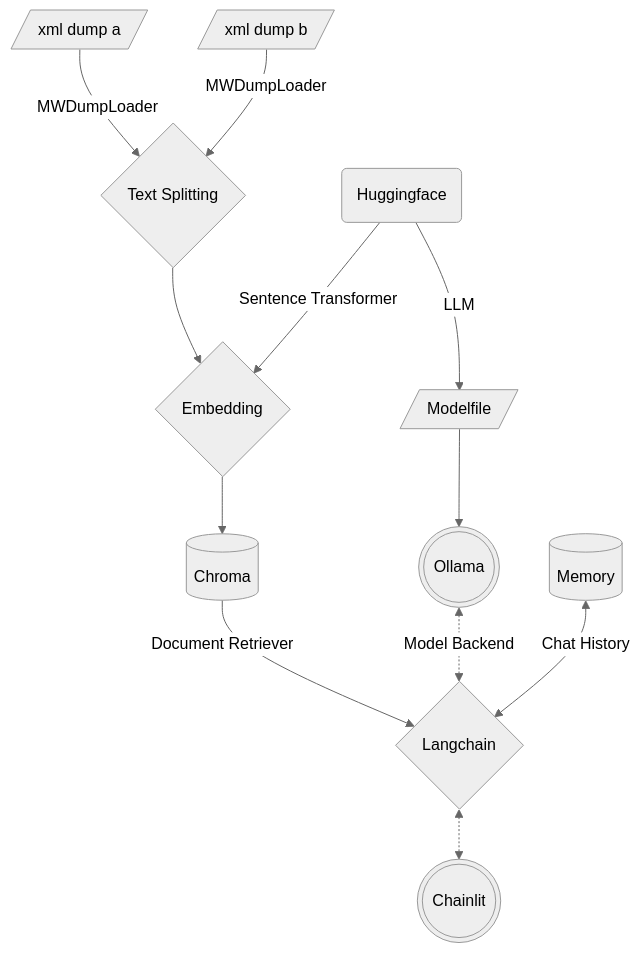
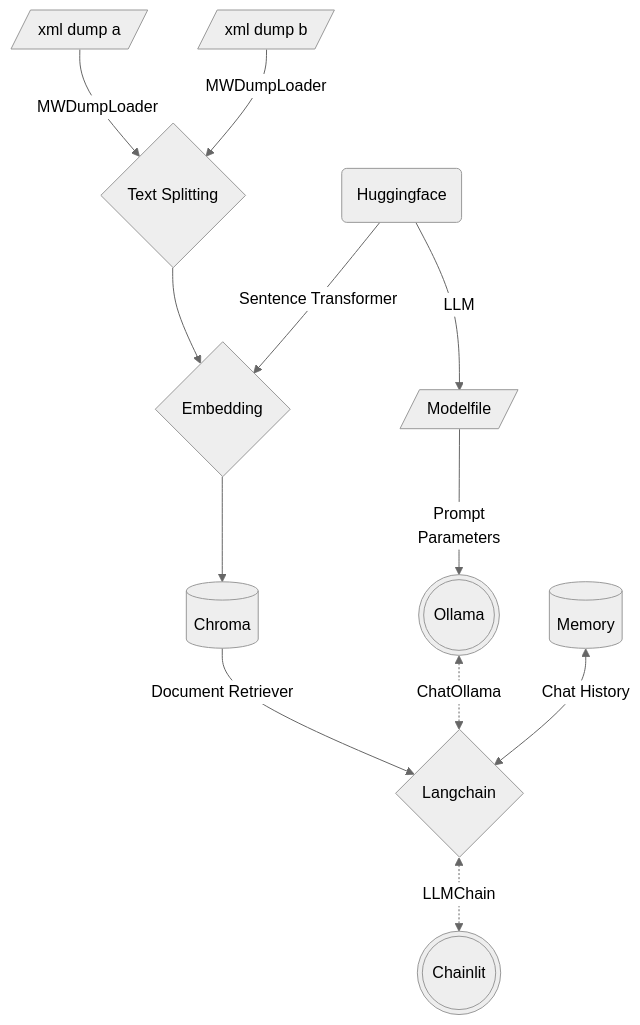
The diagram in README.md (tylertitsworth/multi-mediawiki-rag), drawn with Mermaid (neutral theme) before and after one commit. The commit also changed 1 other file, not shown here.

Commit message:
add playground support and chat settings

````diff
--- a/README.md
+++ b/README.md
@@ -34,18 +34,18 @@
 ```mermaid
 graph TD;
     a[/xml dump a/] --MWDumpLoader--> ts
     b[/xml dump b/] --MWDumpLoader--> ts
     ts{Text Splitting} --> emb{Embedding} --> db
     db[(Chroma)] --Document Retriever--> lc
     hf(Huggingface) --Sentence Transformer --> emb
     hf --LLM--> modelfile
-    modelfile[/Modelfile/] --> Ollama
-    Ollama(((Ollama))) <-.Model Backend.-> lc
+    modelfile[/Modelfile/] --Prompt\nParameters--> Ollama
+    Ollama(((Ollama))) <-.ChatOllama.-> lc
     Mem[(Memory)] <--Chat History--> lc
-    lc{Langchain} <-.-> cl(((Chainlit)))
+    lc{Langchain} <-.LLMChain.-> cl(((Chainlit)))
     click db href "https://github.com/chroma-core/chroma"
     click hf href "https://huggingface.co/"
     click cl href "https://github.com/Chainlit/chainlit"
     click lc href "https://github.com/langchain-ai/langchain"
     click Ollama href "https://github.com/jmorganca/ollama"
 ```
````
